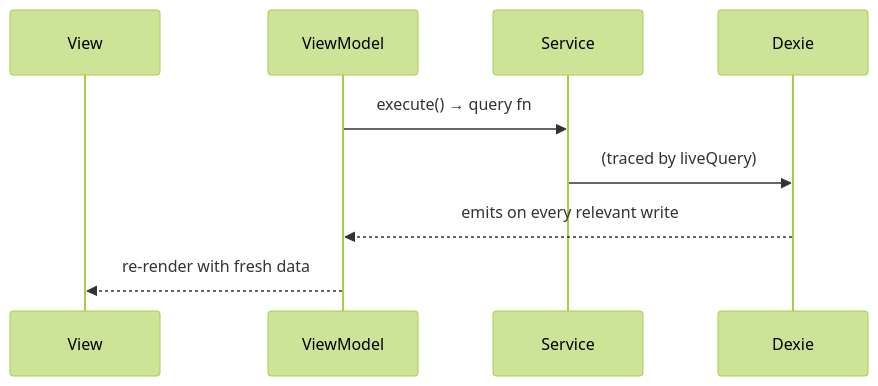
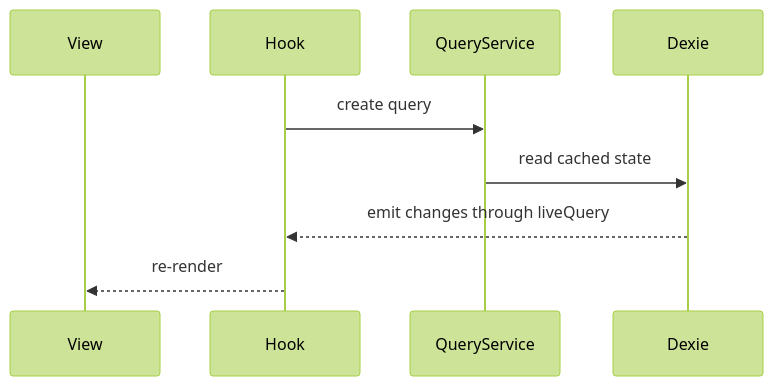
Before and after one commit to curtisPene/Echo: the third of 4 diagrams in README.md, drawn with Mermaid (forest theme). The commit also changed other lines of this file, not shown here.

````diff
--- a/README.md
+++ b/README.md
@@ -214,12 +439,12 @@
 ```mermaid
 sequenceDiagram
     participant View
-    participant ViewModel
-    participant Service
+    participant Hook
+    participant QueryService
     participant Dexie
 
-    ViewModel->>Service: execute() → query fn
-    Service->>Dexie: (traced by liveQuery)
-    Dexie-->>ViewModel: emits on every relevant write
-    ViewModel-->>View: re-render with fresh data
+    Hook->>QueryService: create query
+    QueryService->>Dexie: read cached state
+    Dexie-->>Hook: emit changes through liveQuery
+    Hook-->>View: re-render
 ```
````
